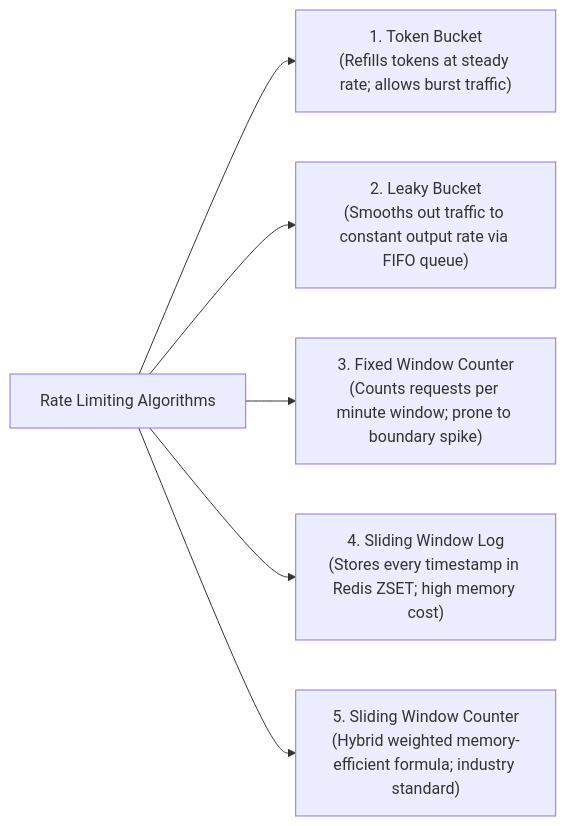
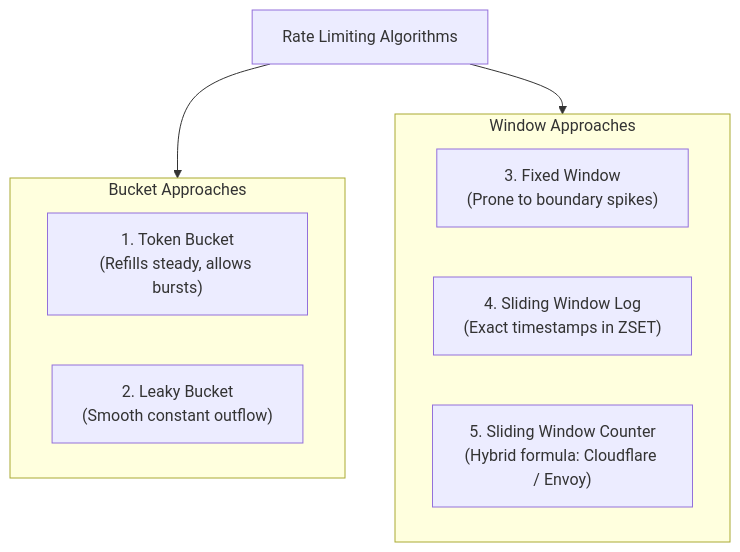
The third of 4 diagrams in strivers-hld/11-Security-and-Compliance/README.md (Sourav108/strivers-lld), drawn with Mermaid before and after one commit. The commit also changed other lines of this file and 39 other files, not shown here.

Commit message:
fix(mermaid): wrap node labels, simplify diamonds, and reformat wide diagrams for perfect GitHub rendering

````diff
--- a/strivers-hld/11-Security-and-Compliance/README.md
+++ b/strivers-hld/11-Security-and-Compliance/README.md
@@ -47,8 +47,18 @@
 ```mermaid
-flowchart LR
-    Algorithms["Rate Limiting Algorithms"] --> TB["1. Token Bucket<br/>(Refills tokens at steady rate; allows burst traffic)"]
-    Algorithms --> LB["2. Leaky Bucket<br/>(Smooths out traffic to constant output rate via FIFO queue)"]
-    Algorithms --> FW["3. Fixed Window Counter<br/>(Counts requests per minute window; prone to boundary spike)"]
-    Algorithms --> SWL["4. Sliding Window Log<br/>(Stores every timestamp in Redis ZSET; high memory cost)"]
-    Algorithms --> SWC["5. Sliding Window Counter<br/>(Hybrid weighted memory-efficient formula; industry standard)"]
+flowchart TD
+    Algorithms["Rate Limiting Algorithms"]
+    
+    subgraph BucketBased["Bucket Approaches"]
+        TB["1. Token Bucket<br/>(Refills steady, allows bursts)"]
+        LB["2. Leaky Bucket<br/>(Smooth constant outflow)"]
+    end
+
+    subgraph WindowBased["Window Approaches"]
+        FW["3. Fixed Window<br/>(Prone to boundary spikes)"]
+        SWL["4. Sliding Window Log<br/>(Exact timestamps in ZSET)"]
+        SWC["5. Sliding Window Counter<br/>(Hybrid formula: Cloudflare / Envoy)"]
+    end
+
+    Algorithms --> BucketBased
+    Algorithms --> WindowBased
 ```
````
